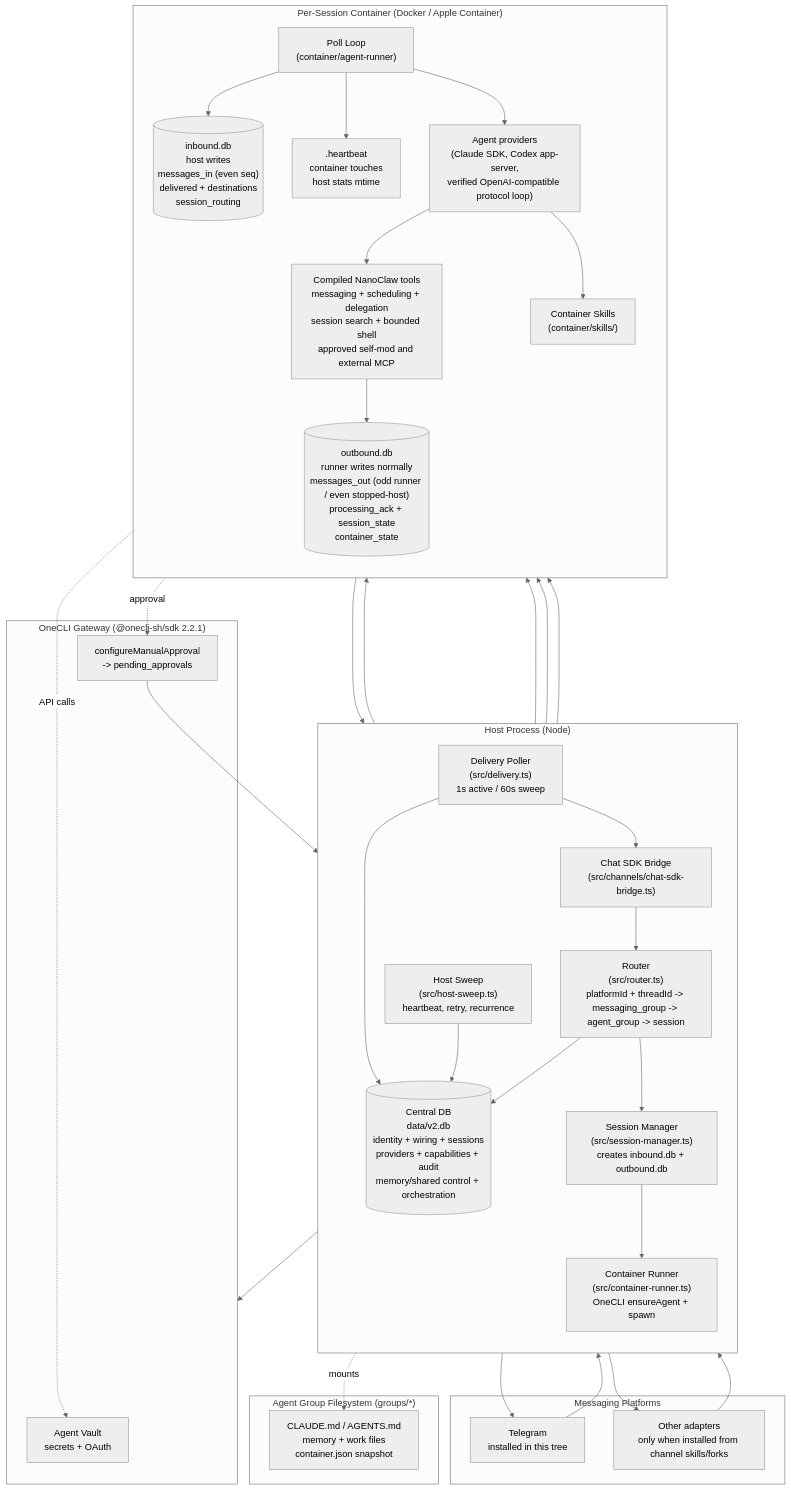
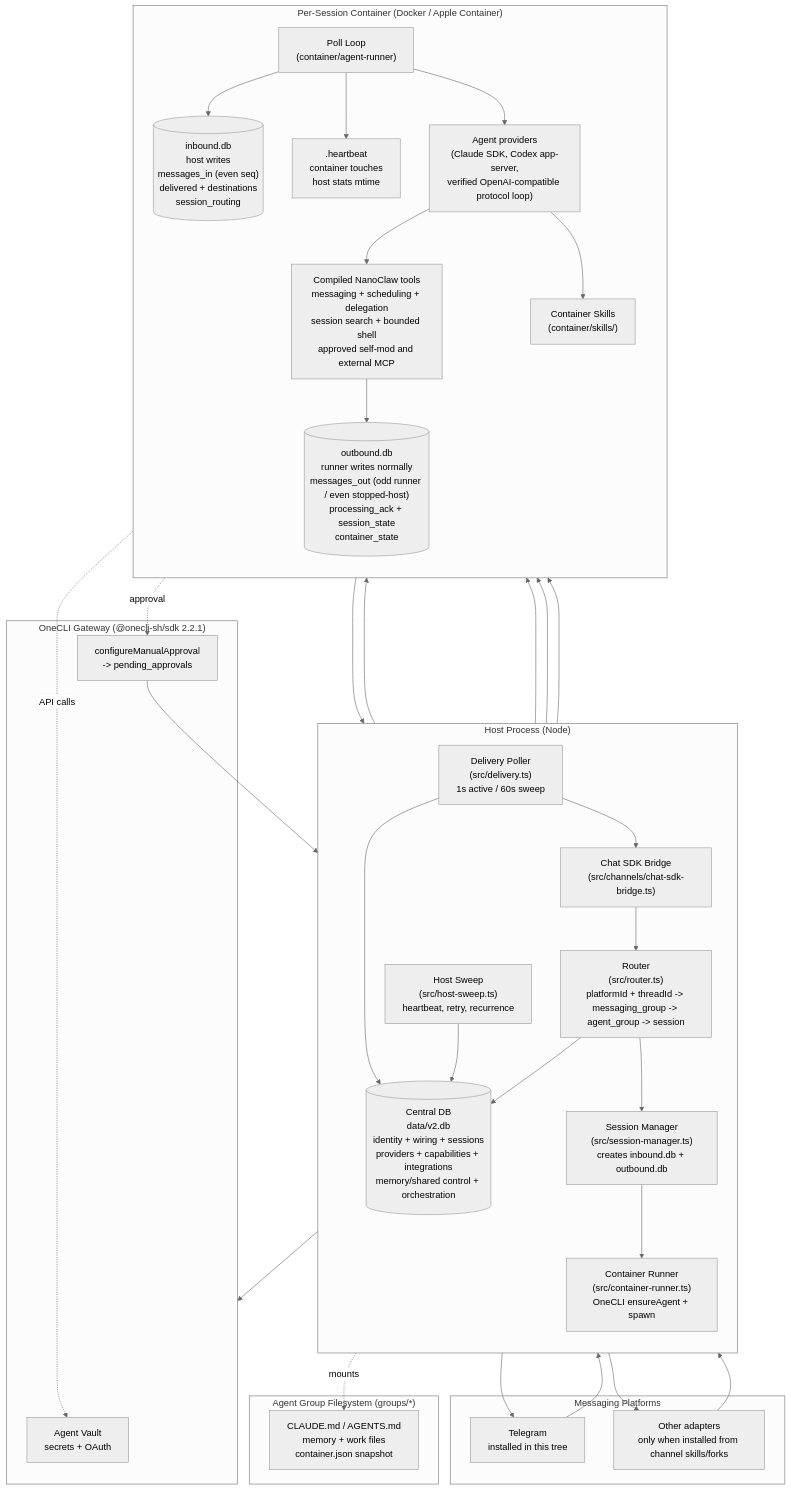
Before and after one commit to albanleandri/nanoclaw: the first of 6 diagrams in docs/architecture-diagram.md, drawn with Mermaid (neutral theme). The commit also changed other lines of this file and 57 other files, not shown here.

````diff
--- a/docs/architecture-diagram.md
+++ b/docs/architecture-diagram.md
@@ -5,64 +5,64 @@
 ```mermaid
 flowchart TB
   subgraph Platforms["Messaging Platforms"]
     P1[Telegram<br/>installed in this tree]
     P2[Other adapters<br/>only when installed from channel skills/forks]
   end
 
   subgraph Host["Host Process (Node)"]
     direction TB
     Bridge["Chat SDK Bridge<br/>(src/channels/chat-sdk-bridge.ts)"]
     Router["Router<br/>(src/router.ts)<br/>platformId + threadId -> messaging_group -> agent_group -> session"]
     SessMgr["Session Manager<br/>(src/session-manager.ts)<br/>creates inbound.db + outbound.db"]
     Runner["Container Runner<br/>(src/container-runner.ts)<br/>OneCLI ensureAgent + spawn"]
     Delivery["Delivery Poller<br/>(src/delivery.ts)<br/>1s active / 60s sweep"]
     Sweep["Host Sweep<br/>(src/host-sweep.ts)<br/>heartbeat, retry, recurrence"]
-    Central[("Central DB<br/>data/v2.db<br/>identity + wiring + sessions<br/>providers + capabilities + audit<br/>memory/shared control + orchestration")]
+    Central[("Central DB<br/>data/v2.db<br/>identity + wiring + sessions<br/>providers + capabilities + integrations<br/>memory/shared control + orchestration")]
   end
 
   subgraph OneCLI["OneCLI Gateway (@onecli-sh/sdk 2.2.1)"]
     Vault["Agent Vault<br/>secrets + OAuth"]
     Approvals["configureManualApproval<br/>-> pending_approvals"]
   end
 
   subgraph Session["Per-Session Container (Docker / Apple Container)"]
     direction TB
     PollLoop["Poll Loop<br/>(container/agent-runner)"]
     Provider["Agent providers<br/>(Claude SDK, Codex app-server,<br/>verified OpenAI-compatible protocol loop)"]
     MCP["Compiled NanoClaw tools<br/>messaging + scheduling + delegation<br/>session search + bounded shell<br/>approved self-mod and external MCP"]
     Skills["Container Skills<br/>(container/skills/)"]
     InDB[("inbound.db<br/>host writes<br/>messages_in (even seq)<br/>delivered + destinations<br/>session_routing")]
     OutDB[("outbound.db<br/>runner writes normally<br/>messages_out (odd runner / even stopped-host)<br/>processing_ack + session_state<br/>container_state")]
     Heartbeat[".heartbeat<br/>container touches<br/>host stats mtime"]
   end
 
   subgraph Groups["Agent Group Filesystem (groups/*)"]
     Folder["CLAUDE.md / AGENTS.md<br/>memory + work files<br/>container.json snapshot"]
   end
 
   P1 & P2 --> Bridge
   Bridge --> Router
   Router --> Central
   Router --> SessMgr
   SessMgr --> InDB
   SessMgr --> Runner
   Runner --> OneCLI
   Runner --> PollLoop
   PollLoop --> InDB
   PollLoop --> Heartbeat
   PollLoop --> Provider
   Provider --> MCP
   Provider --> Skills
   MCP --> OutDB
   OutDB --> Delivery
   Delivery --> Central
   Delivery --> Bridge
   Bridge --> P1 & P2
   Sweep --> InDB
   Sweep --> OutDB
   Sweep --> Central
   Runner -.mounts.-> Folder
   MCP -.approval.-> Approvals
   Approvals --> Central
   Provider -.API calls.-> Vault
 ```
````
